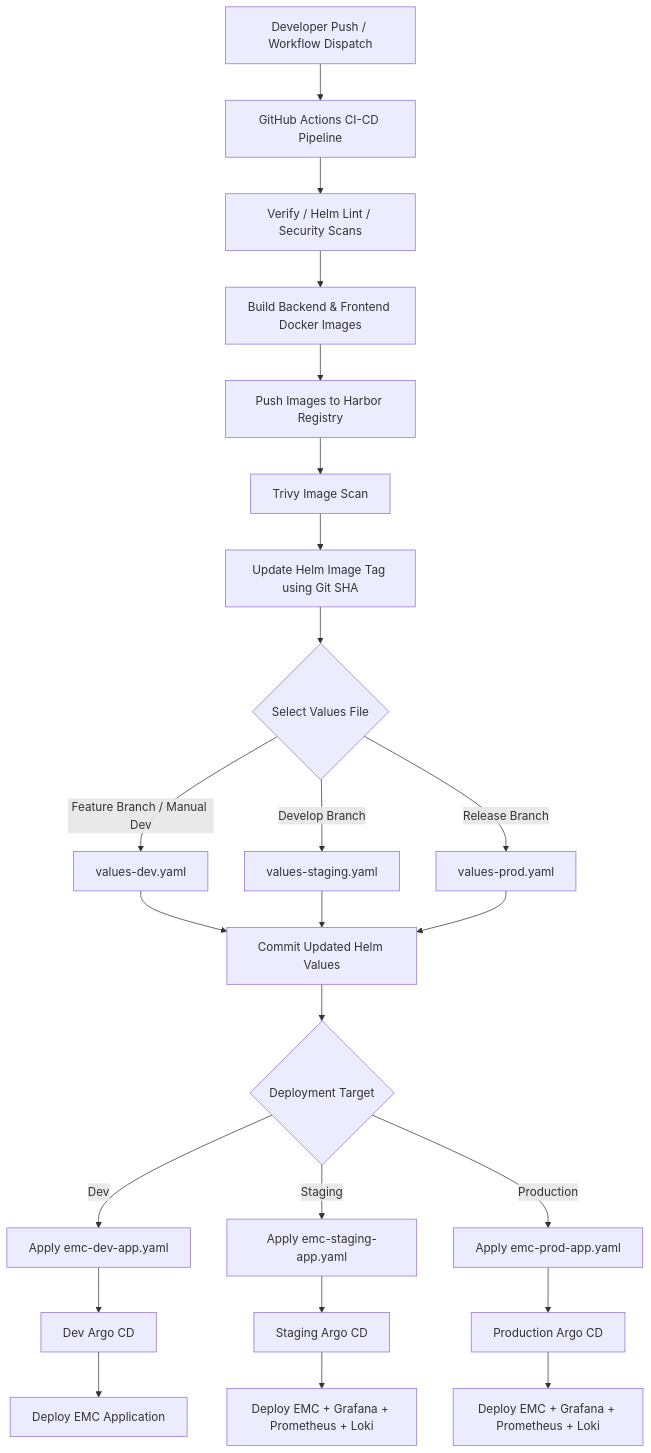
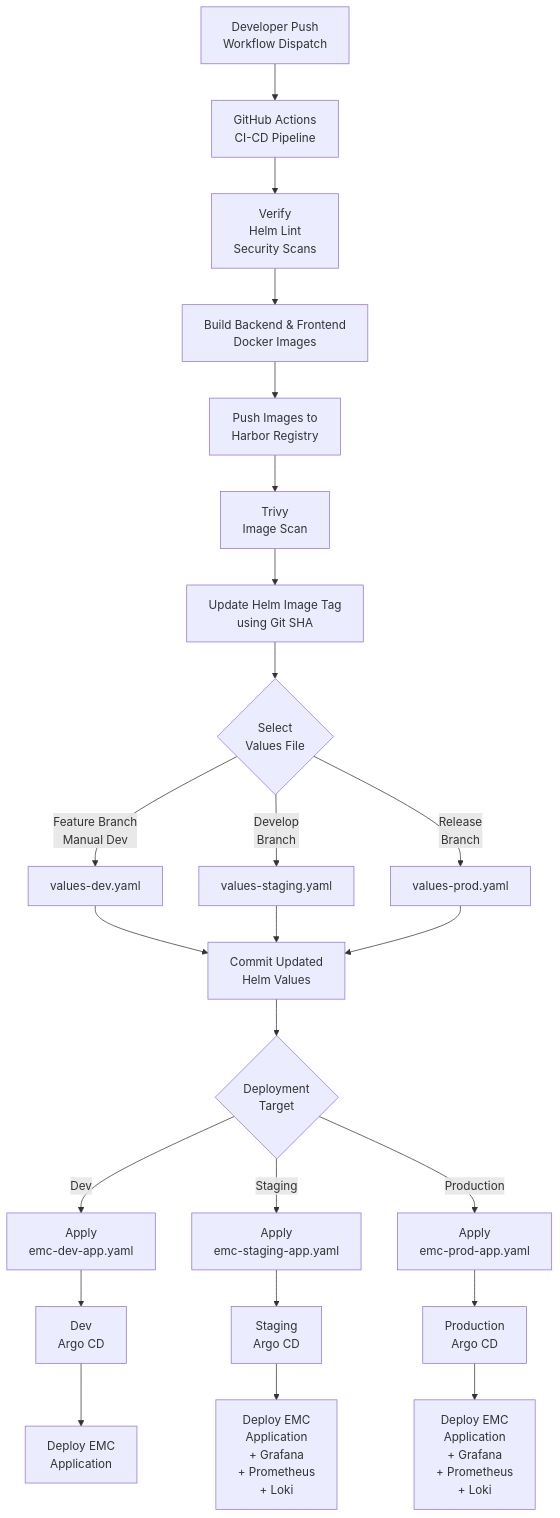
Before and after one commit to ARENA2036/edc-management-console: the diagram in docs/ci-cd-flow.md, drawn with Mermaid. The commit also changed 1 other file, not shown here.

Commit message:
chore: fix trivy issue for ci/cd

````diff
--- a/docs/ci-cd-flow.md
+++ b/docs/ci-cd-flow.md
@@ -3,41 +3,41 @@
 ```mermaid
 flowchart TD
 
-     A[Developer Push / Workflow Dispatch] --> B[GitHub Actions CI-CD Pipeline]
+    A[Developer Push<br/>Workflow Dispatch] --> B[GitHub Actions<br/>CI-CD Pipeline]
 
-    B --> C[Verify / Helm Lint / Security Scans]
+    B --> C[Verify<br/>Helm Lint<br/>Security Scans]
 
-    C --> D[Build Backend & Frontend Docker Images]
+    C --> D[Build Backend & Frontend<br/>Docker Images]
 
-    D --> E[Push Images to Harbor Registry]
+    D --> E[Push Images to<br/>Harbor Registry]
 
-    E --> F[Trivy Image Scan]
+    E --> F[Trivy<br/>Image Scan]
 
-    F --> G[Update Helm Image Tag using Git SHA]
+    F --> G[Update Helm Image Tag<br/>using Git SHA]
 
-    G --> H{Select Values File}
+    G --> H{Select<br/>Values File}
 
-    H -->|Feature Branch / Manual Dev| H1[values-dev.yaml]
-    H -->|Develop Branch| H2[values-staging.yaml]
-    H -->|Release Branch| H3[values-prod.yaml]
+    H -->|Feature Branch<br/>Manual Dev| H1[values-dev.yaml]
+    H -->|Develop<br/>Branch| H2[values-staging.yaml]
+    H -->|Release<br/>Branch| H3[values-prod.yaml]
 
-    H1 --> I[Commit Updated Helm Values]
+    H1 --> I[Commit Updated<br/>Helm Values]
     H2 --> I
     H3 --> I
 
-    I --> J{Deployment Target}
+    I --> J{Deployment<br/>Target}
 
-    J -->|Dev| K[Apply emc-dev-app.yaml]
-    J -->|Staging| L[Apply emc-staging-app.yaml]
-    J -->|Production| M[Apply emc-prod-app.yaml]
+    J -->|Dev| K[Apply<br/>emc-dev-app.yaml]
+    J -->|Staging| L[Apply<br/>emc-staging-app.yaml]
+    J -->|Production| M[Apply<br/>emc-prod-app.yaml]
 
-    K --> N[Dev Argo CD]
-    L --> O[Staging Argo CD]
-    M --> P[Production Argo CD]
+    K --> N[Dev<br/>Argo CD]
+    L --> O[Staging<br/>Argo CD]
+    M --> P[Production<br/>Argo CD]
 
-    N --> Q[Deploy EMC Application]
+    N --> Q[Deploy EMC<br/>Application]
 
-    O --> R[Deploy EMC + Grafana + Prometheus + Loki]
+    O --> R[Deploy EMC<br/>Application<br/>+ Grafana<br/>+ Prometheus<br/>+ Loki]
 
-    P --> S[Deploy EMC + Grafana + Prometheus + Loki]
+    P --> S[Deploy EMC<br/>Application<br/>+ Grafana<br/>+ Prometheus<br/>+ Loki]
 ```
````
